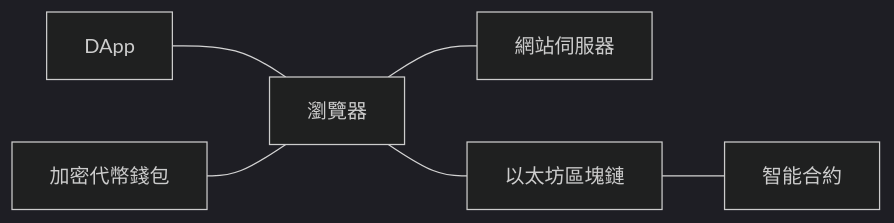
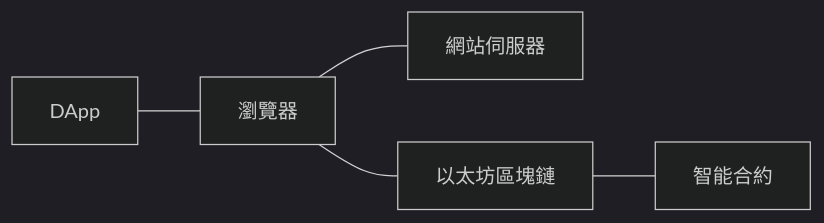
Before and after one commit to gasolin/learndapp: the second of 3 diagrams in what-is-dapp.md, drawn with Mermaid (dark theme). The commit also changed other lines of this file and 3 other files, not shown here.

```diff
--- a/what-is-dapp.md
+++ b/what-is-dapp.md
@@ -16,8 +35,7 @@
 {% mermaid %}
 graph LR
 DApp --- 瀏覽器
-加密代幣錢包 --- 瀏覽器
 瀏覽器 --- 網站伺服器
 瀏覽器 --- 以太坊區塊鏈
 以太坊區塊鏈 --- 智能合約
 {% endmermaid %}
```
